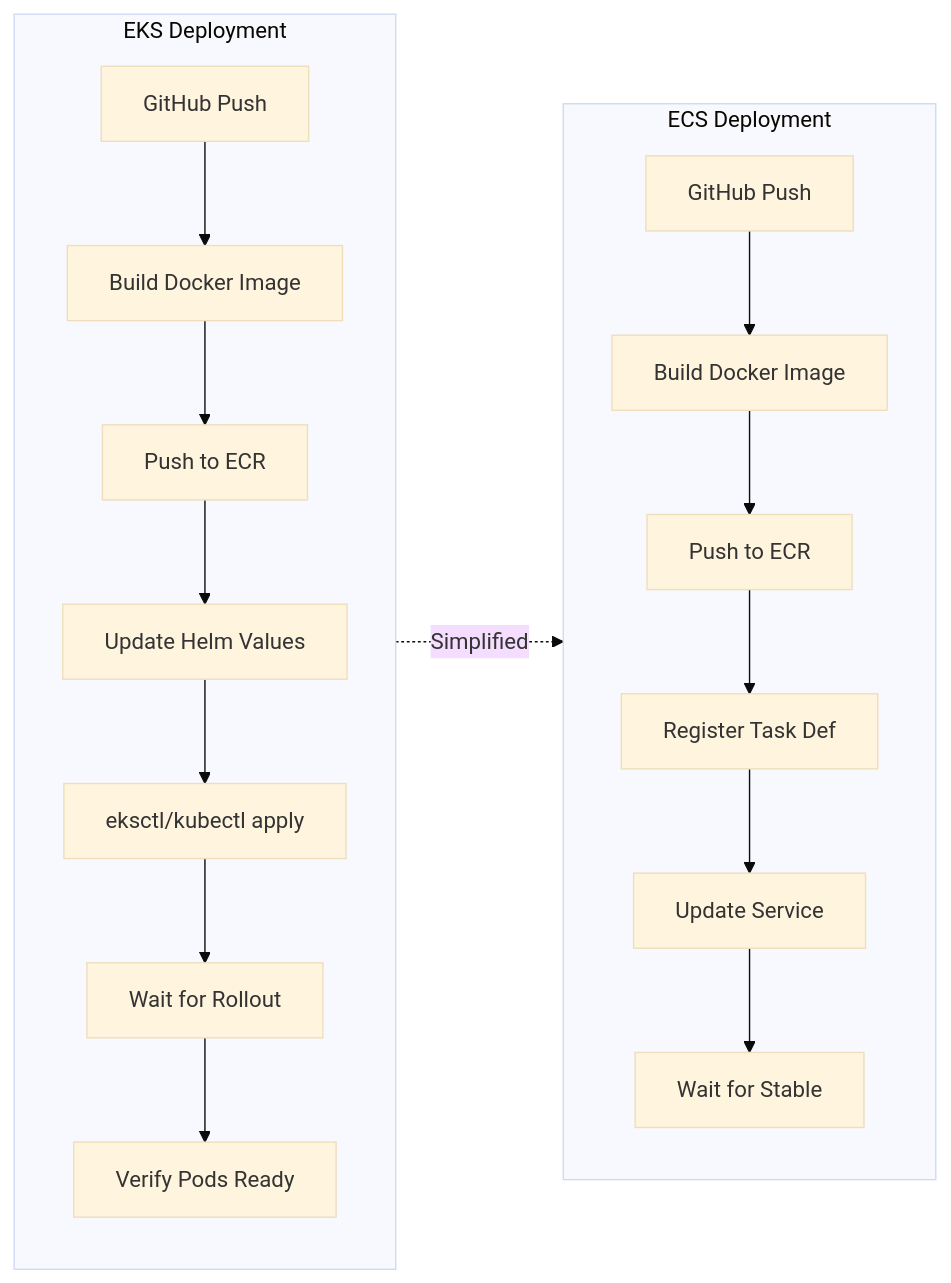
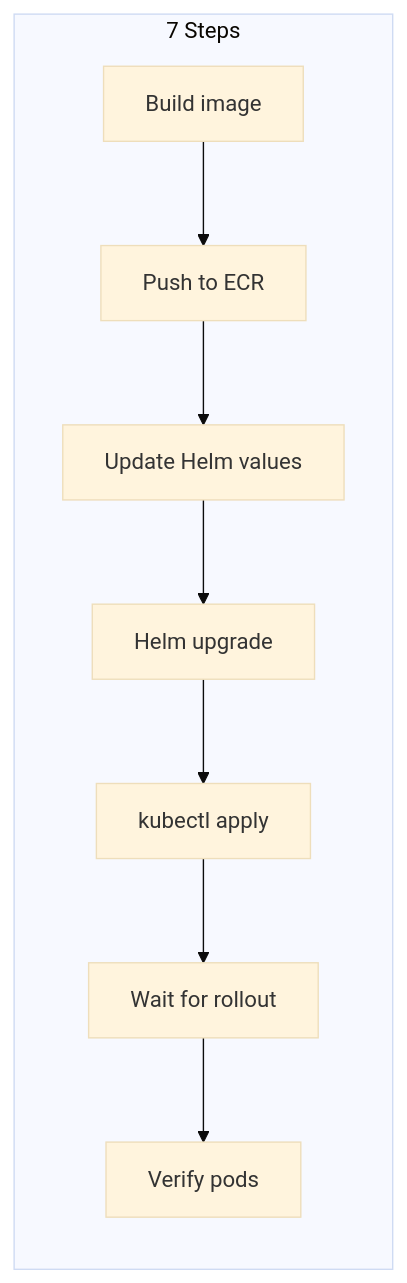
The fifth of 10 diagrams in diagrams/eks-to-ecs-comparison.md (aldea-ai/infrastructure-docs), drawn with Mermaid (base theme) before and after one commit. The commit also changed other lines of this file and 3 other files, not shown here.

First line of the commit message:
Simplify diagrams for layman readability

````diff
--- a/diagrams/eks-to-ecs-comparison.md
+++ b/diagrams/eks-to-ecs-comparison.md
@@ -129,21 +133,14 @@
 ```mermaid
 flowchart LR
-    subgraph EKS_Deploy["EKS Deployment"]
-        ED1[GitHub Push] --> ED2[Build Docker Image]
-        ED2 --> ED3[Push to ECR]
-        ED3 --> ED4[Update Helm Values]
-        ED4 --> ED5[eksctl/kubectl apply]
-        ED5 --> ED6[Wait for Rollout]
-        ED6 --> ED7[Verify Pods Ready]
+    subgraph Steps["7 Steps"]
+        S1[Build image]
+        S2[Push to ECR]
+        S3[Update Helm values]
+        S4[Helm upgrade]
+        S5[kubectl apply]
+        S6[Wait for rollout]
+        S7[Verify pods]
     end
 
-    subgraph ECS_Deploy["ECS Deployment"]
-        CD1[GitHub Push] --> CD2[Build Docker Image]
-        CD2 --> CD3[Push to ECR]
-        CD3 --> CD4[Register Task Def]
-        CD4 --> CD5[Update Service]
-        CD5 --> CD6[Wait for Stable]
-    end
-
-    EKS_Deploy -.->|Simplified| ECS_Deploy
+    S1 --> S2 --> S3 --> S4 --> S5 --> S6 --> S7
 ```
````
